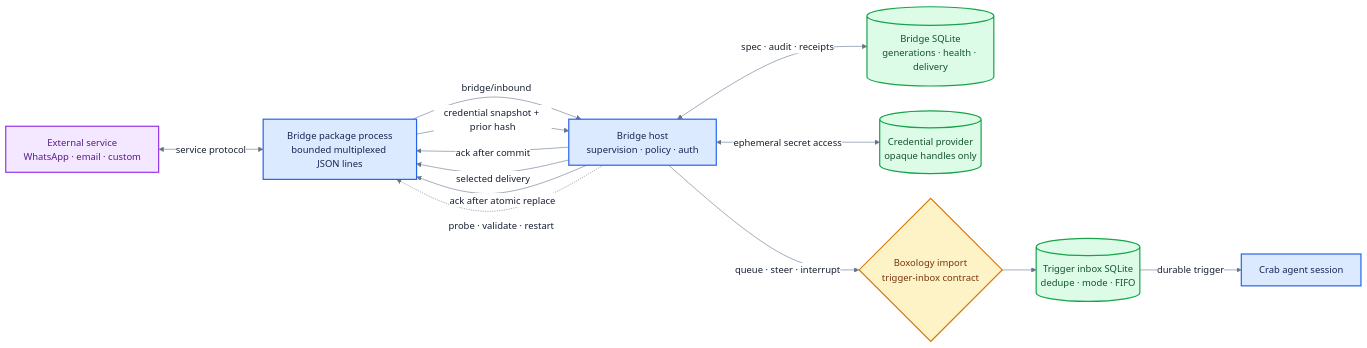
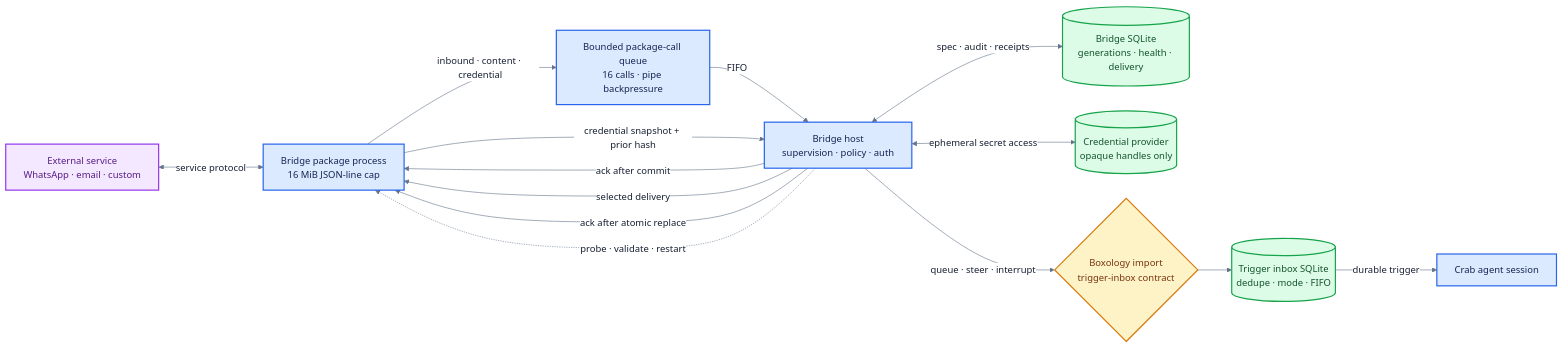
One commit to fontanierh/crab changed the diagram in v2/docs/bridge-host-flow.mmd. Above: the diagram before and after it, drawn with Mermaid. The commit also changed 2 other files, not shown here.

Commit message:
fix(v2): bound bridge package ingress (#302)

```diff
--- a/v2/docs/bridge-host-flow.mmd
+++ b/v2/docs/bridge-host-flow.mmd
@@ -1,33 +1,35 @@
 %%{init: {"theme": "base", "themeVariables": {"fontFamily": "ui-sans-serif, system-ui, sans-serif", "primaryTextColor": "#172033", "lineColor": "#64748b", "edgeLabelBackground": "#ffffff"}, "flowchart": {"curve": "basis", "nodeSpacing": 42, "rankSpacing": 58}}}%%
 flowchart LR
     SERVICE["External service<br/>WhatsApp · email · custom"]
-    PACKAGE["Bridge package process<br/>bounded multiplexed JSON lines"]
+    PACKAGE["Bridge package process<br/>16 MiB JSON-line cap"]
+    QUEUE["Bounded package-call queue<br/>16 calls · pipe backpressure"]
     HOST["Bridge host<br/>supervision · policy · auth"]
     DB[("Bridge SQLite<br/>generations · health · delivery")]
     CREDS[("Credential provider<br/>opaque handles only")]
     IMPORT{"Boxology import<br/>trigger-inbox contract"}
     INBOX[("Trigger inbox SQLite<br/>dedupe · mode · FIFO")]
     AGENT["Crab agent session"]
 
     SERVICE <-->|"service protocol"| PACKAGE
-    PACKAGE -->|"bridge/inbound"| HOST
+    PACKAGE -->|"inbound · content · credential"| QUEUE
+    QUEUE -->|"FIFO"| HOST
     HOST -->|"ack after commit"| PACKAGE
     HOST -->|"selected delivery"| PACKAGE
     HOST <-->|"spec · audit · receipts"| DB
     HOST <-->|"ephemeral secret access"| CREDS
     PACKAGE -->|"credential snapshot + prior hash"| HOST
     HOST -->|"ack after atomic replace"| PACKAGE
     HOST -->|"queue · steer · interrupt"| IMPORT
     IMPORT --> INBOX
     INBOX -->|"durable trigger"| AGENT
     HOST -.->|"probe · validate · restart"| PACKAGE
 
     classDef external fill:#f3e8ff,stroke:#9333ea,stroke-width:2px,color:#581c87;
     classDef runtime fill:#dbeafe,stroke:#2563eb,stroke-width:2px,color:#172554;
     classDef durable fill:#dcfce7,stroke:#16a34a,stroke-width:2px,color:#14532d;
     classDef boundary fill:#fef3c7,stroke:#d97706,stroke-width:2px,color:#78350f;
 
     class SERVICE external;
-    class PACKAGE,HOST,AGENT runtime;
+    class PACKAGE,QUEUE,HOST,AGENT runtime;
     class DB,CREDS,INBOX durable;
     class IMPORT boundary;
```
